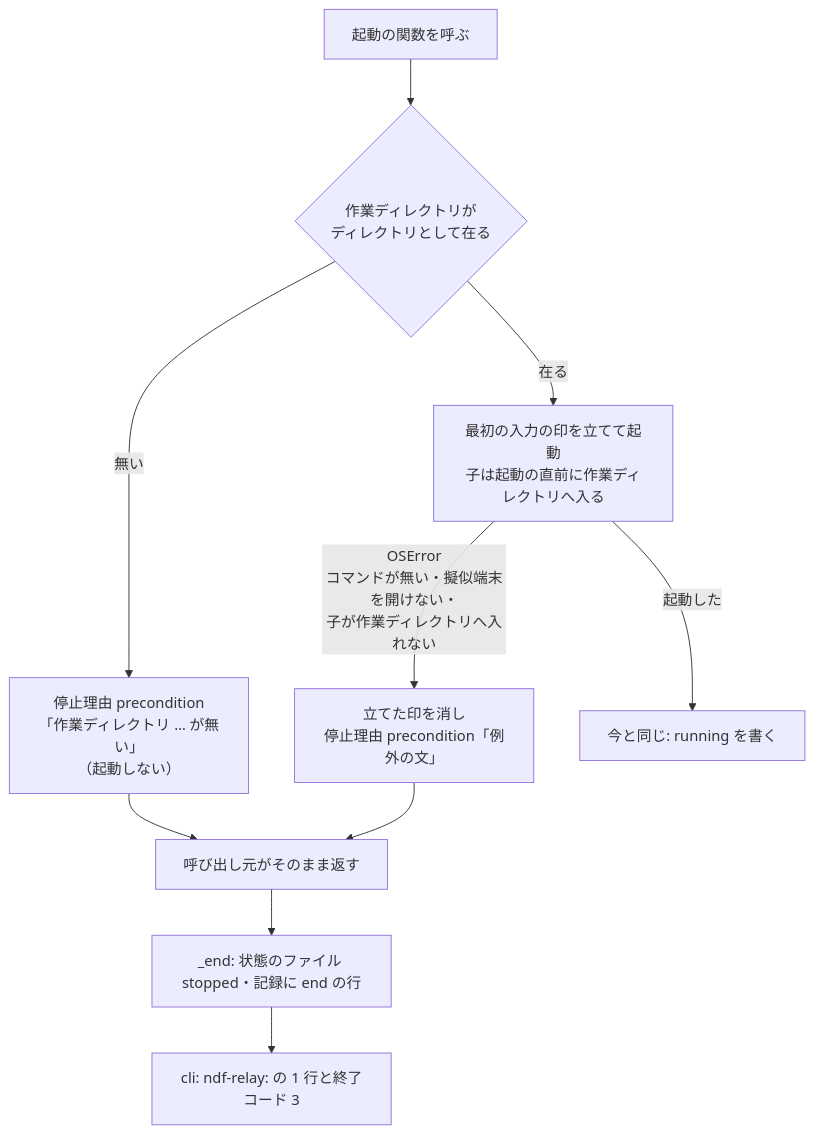
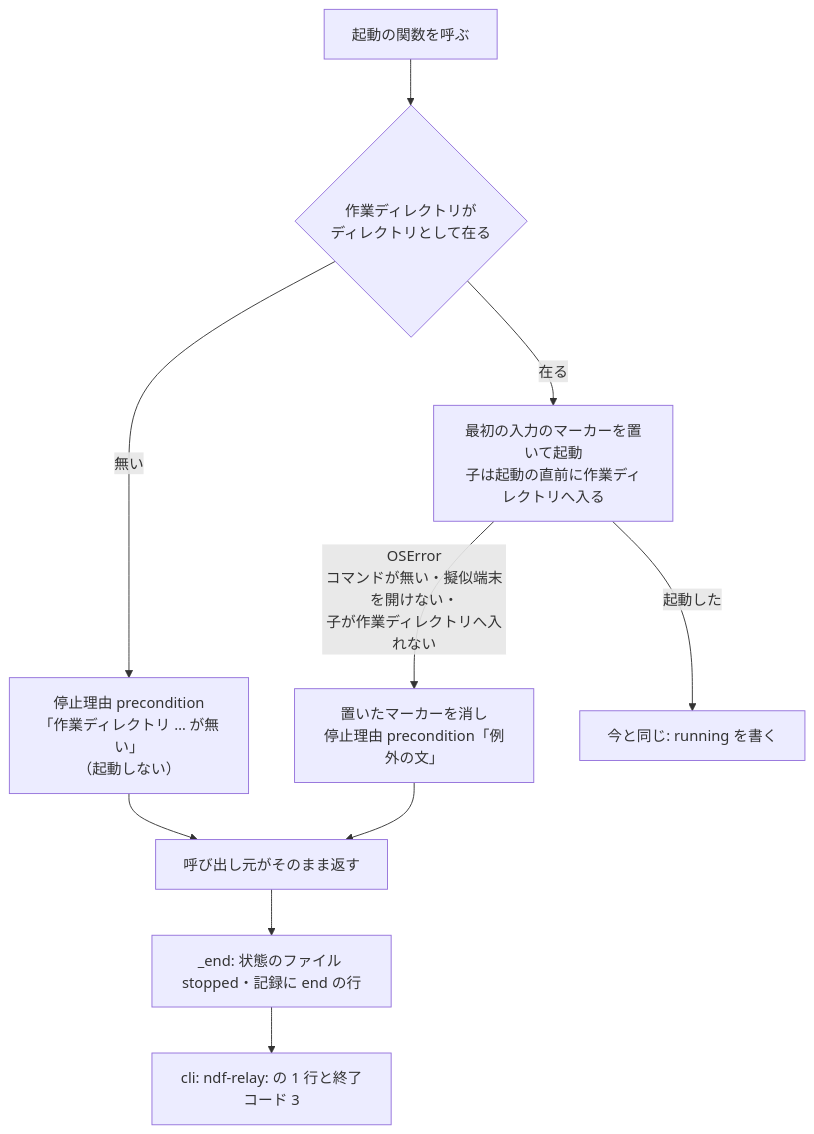
The second of 2 diagrams in issues/issue-3842-design.md (devbasex/ai-plugins), drawn with Mermaid before and after one commit. The commit also changed other lines of this file and 11 other files, not shown here.

````diff
--- a/issues/issue-3842-design.md
+++ b/issues/issue-3842-design.md
@@ -44,12 +44,12 @@
 ```mermaid
 flowchart TD
   A[起動の関数を呼ぶ] --> B{作業ディレクトリが<br/>ディレクトリとして在る}
   B -- 無い --> X["停止理由 precondition<br/>「作業ディレクトリ … が無い」<br/>（起動しない）"]
-  B -- 在る --> C["最初の入力の印を立てて起動<br/>子は起動の直前に作業ディレクトリへ入る"]
-  C -- "OSError<br/>コマンドが無い・擬似端末を開けない・<br/>子が作業ディレクトリへ入れない" --> Y["立てた印を消し<br/>停止理由 precondition「例外の文」"]
+  B -- 在る --> C["最初の入力のマーカーを置いて起動<br/>子は起動の直前に作業ディレクトリへ入る"]
+  C -- "OSError<br/>コマンドが無い・擬似端末を開けない・<br/>子が作業ディレクトリへ入れない" --> Y["置いたマーカーを消し<br/>停止理由 precondition「例外の文」"]
   C -- 起動した --> D[今と同じ: running を書く]
   X --> E[呼び出し元がそのまま返す]
   Y --> E
   E --> F["_end: 状態のファイル stopped・記録に end の行"]
   F --> G["cli: ndf-relay: の 1 行と終了コード 3"]
 ```
````
